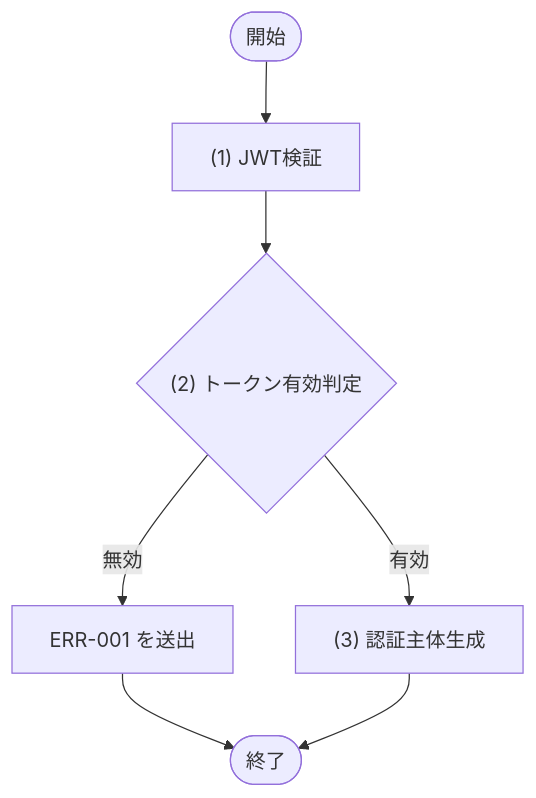
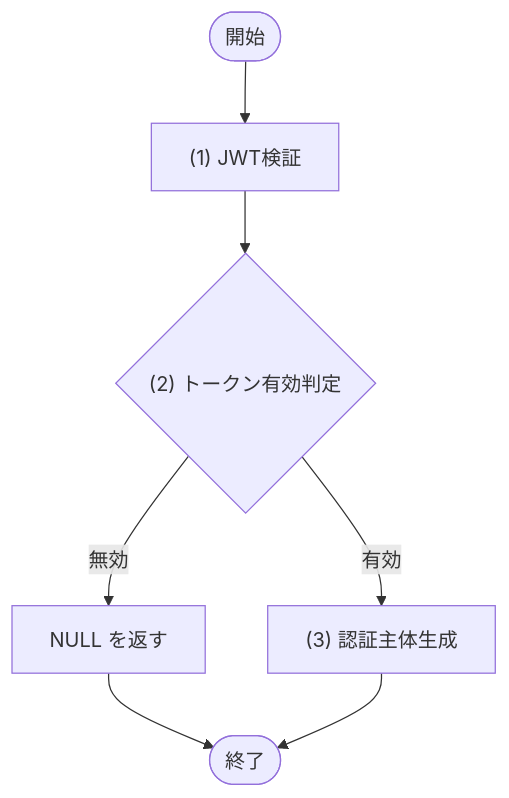
Before and after one commit to sikakou54/system-document-template: the second of 2 diagrams in docs/03_機能設計/05_モジュール設計/MOD-001_認証サービス.md, drawn with Mermaid. The commit also changed other lines of this file and 38 other files, not shown here.

````diff
--- a/docs/03_機能設計/05_モジュール設計/MOD-001_認証サービス.md
+++ b/docs/03_機能設計/05_モジュール設計/MOD-001_認証サービス.md
@@ -170,13 +173,13 @@
 ```mermaid
 flowchart TD
   Start([開始])
   P1["(1) JWT検証"]
   D1{"(2) トークン有効判定"}
   P2["(3) 認証主体生成"]
-  E1["ERR-001 を送出"]
+  E1["NULL を返す"]
   End([終了])
 
   Start --> P1 --> D1
   D1 -- "無効" --> E1 --> End
   D1 -- "有効" --> P2 --> End
 ```
````
